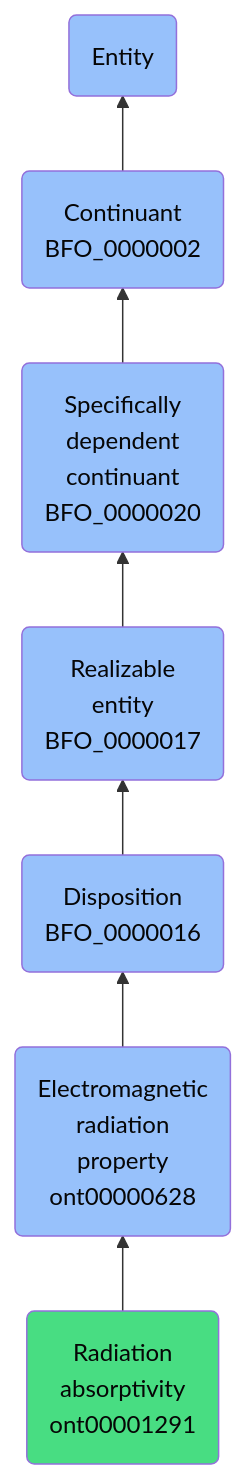
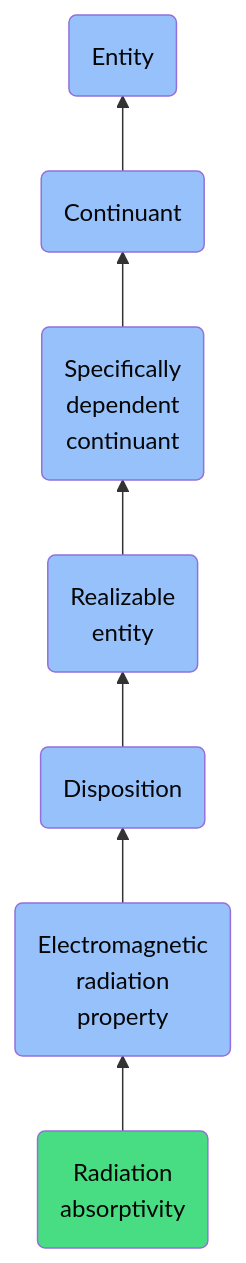
One commit to jupyter-naas/abi changed the diagram in docs/ontology/reference/model/Entity/Continuant/Specifically dependent continuant/Realizable entity/Disposition/Electromagnetic radiation property/Radiation absorptivity/Radiation absorptivity.md. Above: the diagram before and after it, drawn with Mermaid. The commit also changed other lines of this file and 1430 other files, not shown here.

````diff
--- a/docs/ontology/reference/model/Entity/Continuant/Specifically dependent continuant/Realizable entity/Disposition/Electromagnetic radiation property/Radiation absorptivity/Radiation absorptivity.md
+++ b/docs/ontology/reference/model/Entity/Continuant/Specifically dependent continuant/Realizable entity/Disposition/Electromagnetic radiation property/Radiation absorptivity/Radiation absorptivity.md
@@ -24,14 +24,14 @@
 ```mermaid
 graph BT
-    ont00001291(Radiation<br>absorptivity<br>ont00001291):::ABI-->ont00000628
-    ont00000628(Electromagnetic<br>radiation<br>property<br>ont00000628):::BFO-->BFO_0000016
-    BFO_0000016(Disposition<br>BFO_0000016):::BFO-->BFO_0000017
-    BFO_0000017(Realizable<br>entity<br>BFO_0000017):::BFO-->BFO_0000020
-    BFO_0000020(Specifically<br>dependent<br>continuant<br>BFO_0000020):::BFO-->BFO_0000002
-    BFO_0000002(Continuant<br>BFO_0000002):::BFO-->BFO_0000001
+    ont00001291(Radiation<br>absorptivity):::ABI-->ont00000628
+    ont00000628(Electromagnetic<br>radiation<br>property):::BFO-->BFO_0000016
+    BFO_0000016(Disposition):::BFO-->BFO_0000017
+    BFO_0000017(Realizable<br>entity):::BFO-->BFO_0000020
+    BFO_0000020(Specifically<br>dependent<br>continuant):::BFO-->BFO_0000002
+    BFO_0000002(Continuant):::BFO-->BFO_0000001
     BFO_0000001(Entity):::BFO
     
     classDef BFO fill:#97c1fb,color:#060606
     classDef CCO fill:#e4c51e,color:#060606
     classDef ABI fill:#48DD82,color:#060606
 ```
````
